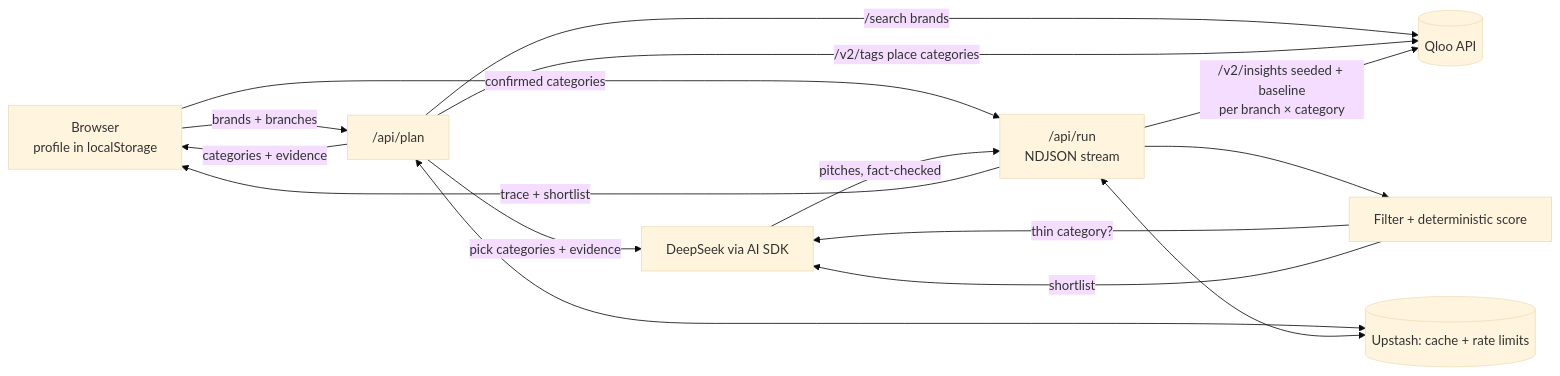
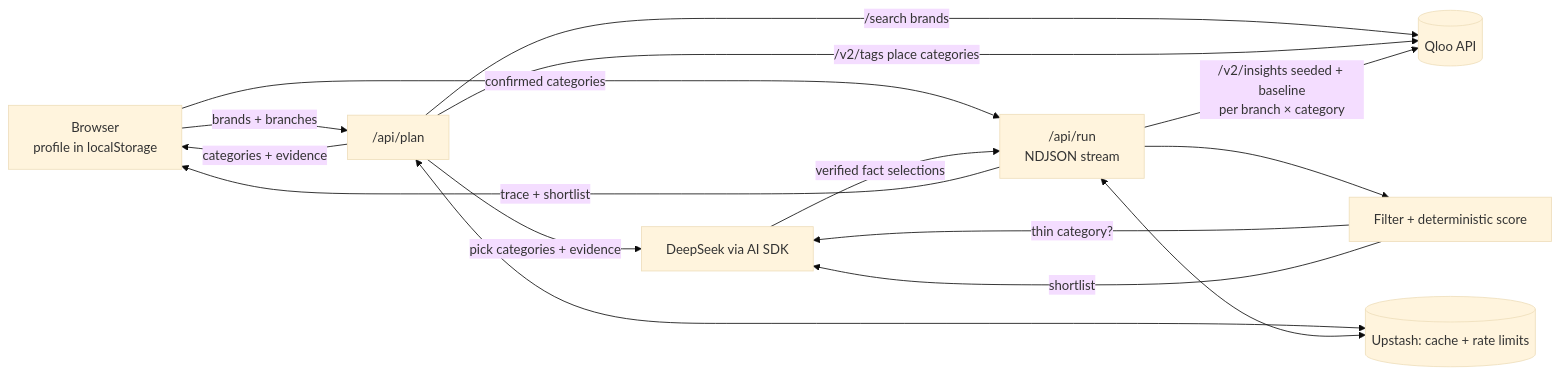
One commit to iamdevindeng/perk-desk changed the diagram in README.md. Above: the diagram before and after it, drawn with Mermaid (base theme). The commit also changed other lines of this file and 16 other files, not shown here.

Commit message:
R66: Render pitches from verified fact selections

````diff
--- a/README.md
+++ b/README.md
@@ -65,16 +65,16 @@
 ```mermaid
 flowchart LR
   U[Browser<br/>profile in localStorage] -->|brands + branches| P["/api/plan"]
   P -->|/search brands| Q[(Qloo API)]
   P -->|/v2/tags place categories| Q
   P -->|pick categories + evidence| D[DeepSeek via AI SDK]
   P -->|categories + evidence| U
   U -->|confirmed categories| R["/api/run<br/>NDJSON stream"]
   R -->|/v2/insights seeded + baseline<br/>per branch × category| Q
   R --> S[Filter + deterministic score]
   S -->|thin category?| D
   S -->|shortlist| D
-  D -->|pitches, fact-checked| R
+  D -->|verified fact selections| R
   R -->|trace + shortlist| U
   P & R <--> C[(Upstash: cache + rate limits)]
 ```
````
